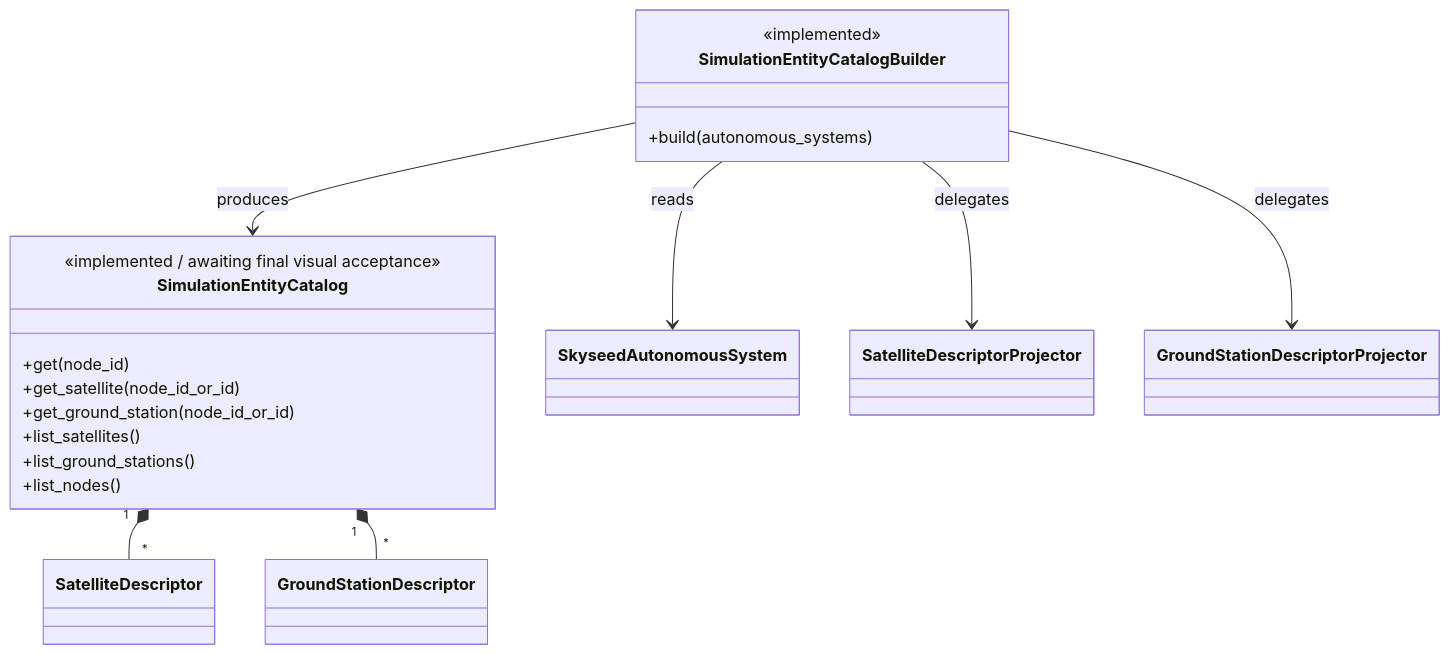
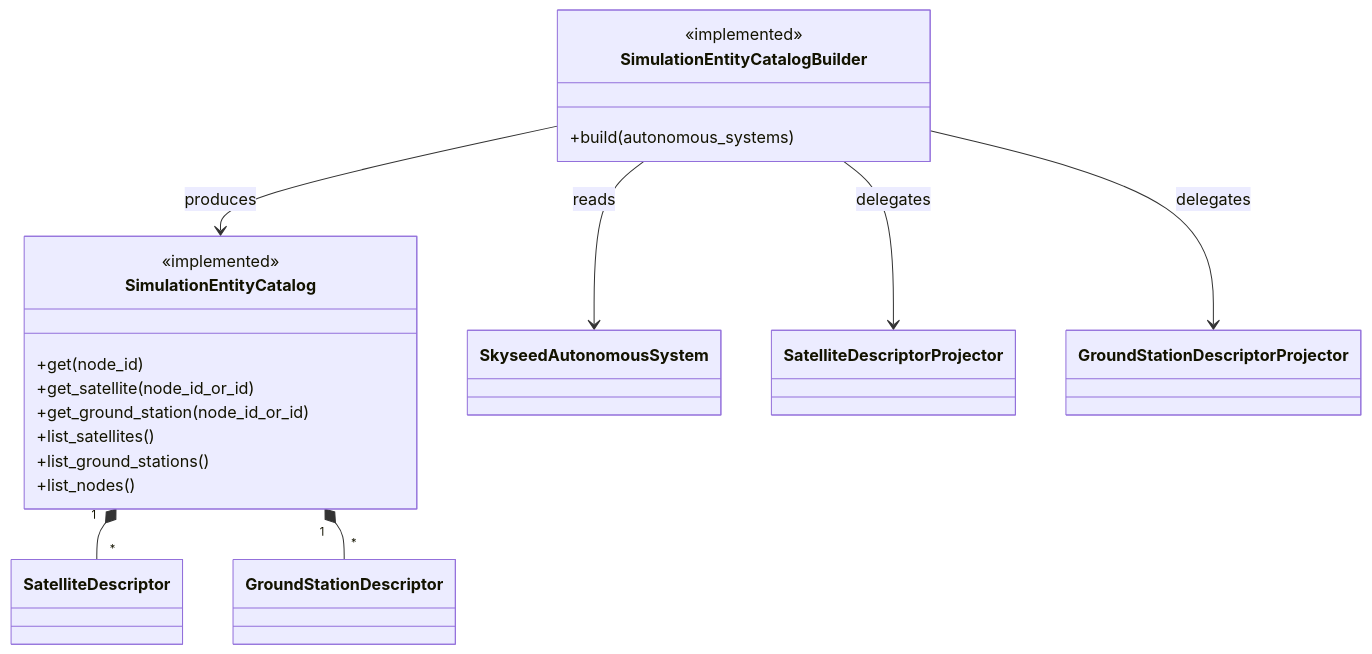
One commit to seed-labs/skyseed changed the tenth of 10 diagrams in skyseed_v2/docs/architecture/diagrams.md. Above: the diagram before and after it, drawn with Mermaid. The commit also changed 5 other files, not shown here.

````diff
--- a/skyseed_v2/docs/architecture/diagrams.md
+++ b/skyseed_v2/docs/architecture/diagrams.md
@@ -266,28 +266,28 @@
 ```mermaid
 classDiagram
     class SimulationEntityCatalog {
-        <<implemented / awaiting final visual acceptance>>
+        <<implemented>>
         +get(node_id)
         +get_satellite(node_id_or_id)
         +get_ground_station(node_id_or_id)
         +list_satellites()
         +list_ground_stations()
         +list_nodes()
     }
     class SimulationEntityCatalogBuilder {
         <<implemented>>
         +build(autonomous_systems)
     }
     class SkyseedAutonomousSystem
     class SatelliteDescriptorProjector
     class GroundStationDescriptorProjector
     class SatelliteDescriptor
     class GroundStationDescriptor
 
     SimulationEntityCatalog "1" *-- "*" SatelliteDescriptor
     SimulationEntityCatalog "1" *-- "*" GroundStationDescriptor
     SimulationEntityCatalogBuilder --> SkyseedAutonomousSystem : reads
     SimulationEntityCatalogBuilder --> SatelliteDescriptorProjector : delegates
     SimulationEntityCatalogBuilder --> GroundStationDescriptorProjector : delegates
     SimulationEntityCatalogBuilder --> SimulationEntityCatalog : produces
 ```
````
